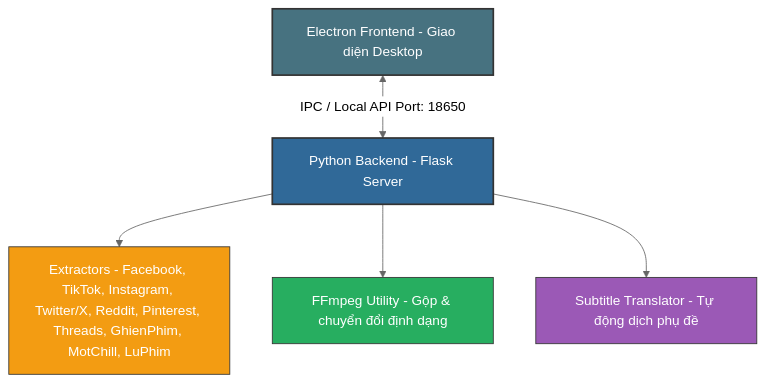
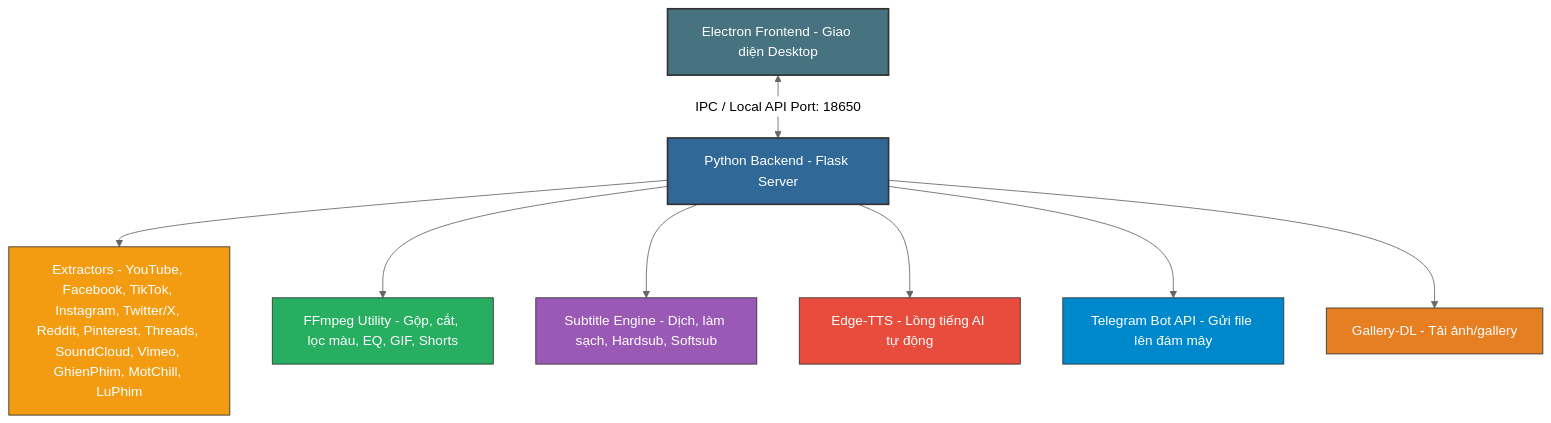
Before and after one commit to Meikova/meikova-harvest: the diagram in README.md, drawn with Mermaid (neutral theme). The commit also changed other lines of this file and 8 other files, not shown here.

First line of the commit message:
Enhance docs with subtitles/TTS & bump Electron

````diff
--- a/README.md
+++ b/README.md
@@ -79,13 +105,19 @@
 ```mermaid
 graph TD
-    A[Electron Frontend - Giao diện Desktop] <-->|IPC / Local API Port: 18650| B[Python Backend - Flask Server]
-    B --> C[Extractors - Facebook, TikTok, Instagram, Twitter/X, Reddit, Pinterest, Threads, GhienPhim, MotChill, LuPhim]
-    B --> D[FFmpeg Utility - Gộp & chuyển đổi định dạng]
-    B --> E[Subtitle Translator - Tự động dịch phụ đề]
+    A["Electron Frontend - Giao diện Desktop"] <-->|"IPC / Local API Port: 18650"| B["Python Backend - Flask Server"]
+    B --> C["Extractors - YouTube, Facebook, TikTok, Instagram, Twitter/X, Reddit, Pinterest, Threads, SoundCloud, Vimeo, GhienPhim, MotChill, LuPhim"]
+    B --> D["FFmpeg Utility - Gộp, cắt, lọc màu, EQ, GIF, Shorts"]
+    B --> E["Subtitle Engine - Dịch, làm sạch, Hardsub, Softsub"]
+    B --> F["Edge-TTS - Lồng tiếng AI tự động"]
+    B --> G["Telegram Bot API - Gửi file lên đám mây"]
+    B --> H["Gallery-DL - Tải ảnh/gallery"]
     
     style A fill:#477280,stroke:#333,stroke-width:2px,color:#fff
     style B fill:#306998,stroke:#333,stroke-width:2px,color:#fff
     style C fill:#f39c12,stroke:#333,stroke-width:1px,color:#fff
     style D fill:#27ae60,stroke:#333,stroke-width:1px,color:#fff
     style E fill:#9b59b6,stroke:#333,stroke-width:1px,color:#fff
+    style F fill:#e74c3c,stroke:#333,stroke-width:1px,color:#fff
+    style G fill:#0088cc,stroke:#333,stroke-width:1px,color:#fff
+    style H fill:#e67e22,stroke:#333,stroke-width:1px,color:#fff
 ```
````
